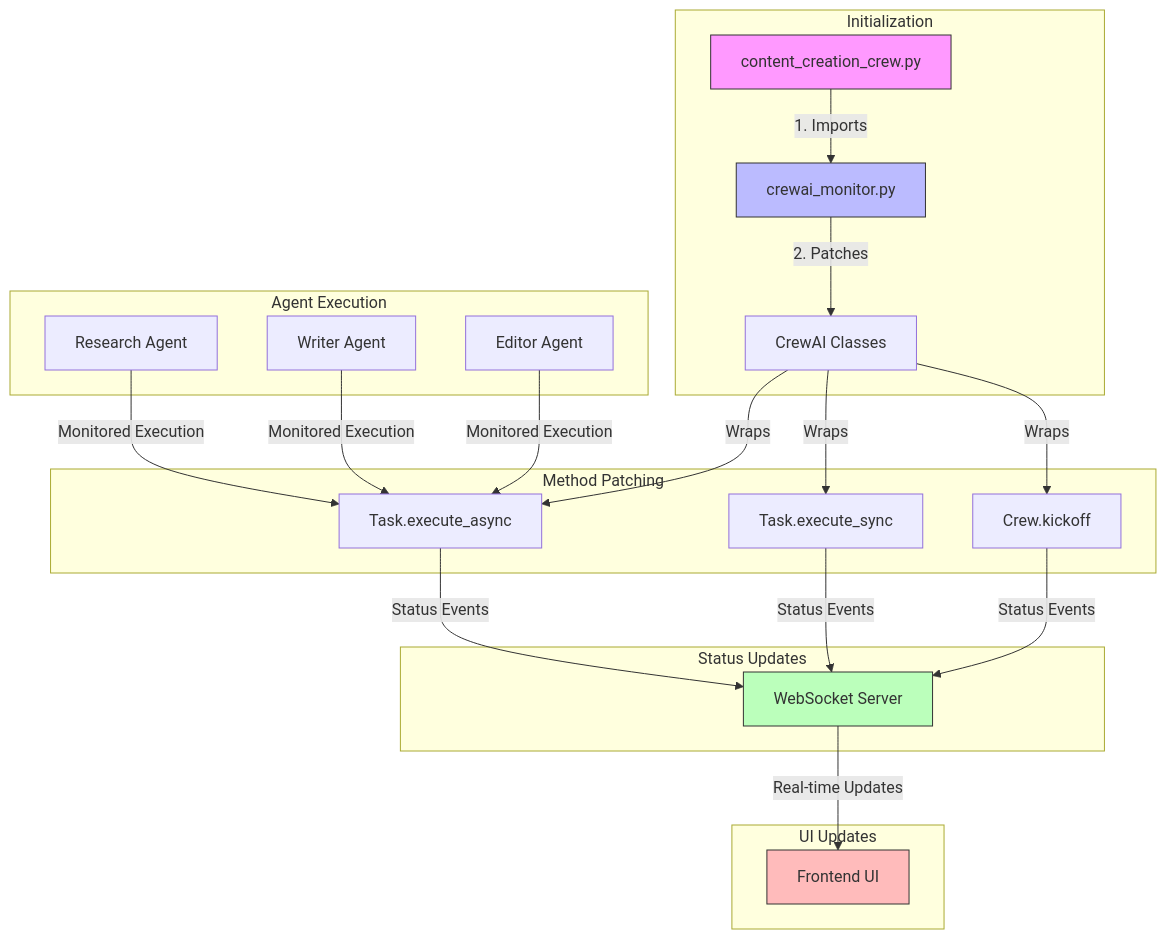
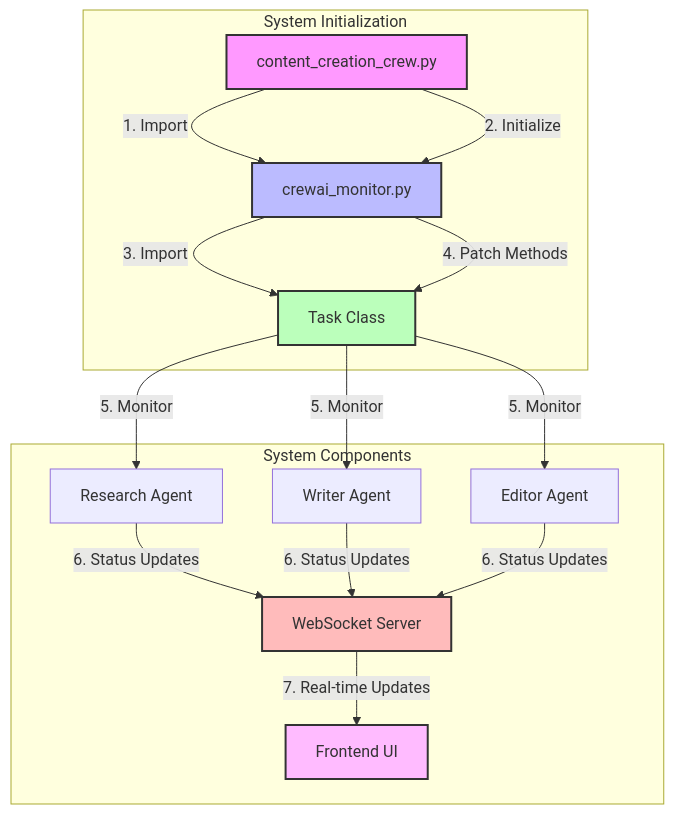
One commit to padak/crewai_demo changed the first of 2 diagrams in docs/monitoring_architecture.md. Above: the diagram before and after it, drawn with Mermaid. The commit also changed other lines of this file, not shown here.

Commit message:
docs: update monitoring system initialization flow diagram

````diff
--- a/docs/monitoring_architecture.md
+++ b/docs/monitoring_architecture.md
@@ -17,34 +17,32 @@
 ```mermaid
 graph TB
-    subgraph Initialization
-        A[content_creation_crew.py] -->|1. Imports| B[crewai_monitor.py]
-        B -->|2. Patches| C[CrewAI Classes]
+    subgraph Initialization [System Initialization]
+        CC[content_creation_crew.py]
+        CM[crewai_monitor.py]
+        TC[Task Class]
+        CC -->|1. Import| CM
+        CC -->|2. Initialize| CM
+        CM -->|3. Import| TC
+        CM -->|4. Patch Methods| TC
     end
 
-    subgraph Method Patching
-        C -->|Wraps| D[Task.execute_async]
-        C -->|Wraps| E[Task.execute_sync]
-        C -->|Wraps| F[Crew.kickoff]
+    subgraph Components [System Components]
+        RA[Research Agent]
+        WA[Writer Agent]
+        EA[Editor Agent]
+        WS[WebSocket Server]
+        UI[Frontend UI]
     end
 
-    subgraph Agent Execution
-        G[Research Agent] -->|Monitored Execution| D
-        H[Writer Agent] -->|Monitored Execution| D
-        I[Editor Agent] -->|Monitored Execution| D
-    end
+    TC -->|5. Monitor| RA
+    TC -->|5. Monitor| WA
+    TC -->|5. Monitor| EA
+    RA & WA & EA -->|6. Status Updates| WS
+    WS -->|7. Real-time Updates| UI
 
-    subgraph Status Updates
-        D -->|Status Events| J[WebSocket Server]
-        E -->|Status Events| J
-        F -->|Status Events| J
-    end
-
-    subgraph UI Updates
-        J -->|Real-time Updates| K[Frontend UI]
-    end
-
-    style A fill:#f9f,stroke:#333
-    style B fill:#bbf,stroke:#333
-    style J fill:#bfb,stroke:#333
-    style K fill:#fbb,stroke:#333
+    style CC fill:#f9f,stroke:#333,stroke-width:2px
+    style CM fill:#bbf,stroke:#333,stroke-width:2px
+    style TC fill:#bfb,stroke:#333,stroke-width:2px
+    style WS fill:#fbb,stroke:#333,stroke-width:2px
+    style UI fill:#fbf,stroke:#333,stroke-width:2px
 ```
````
